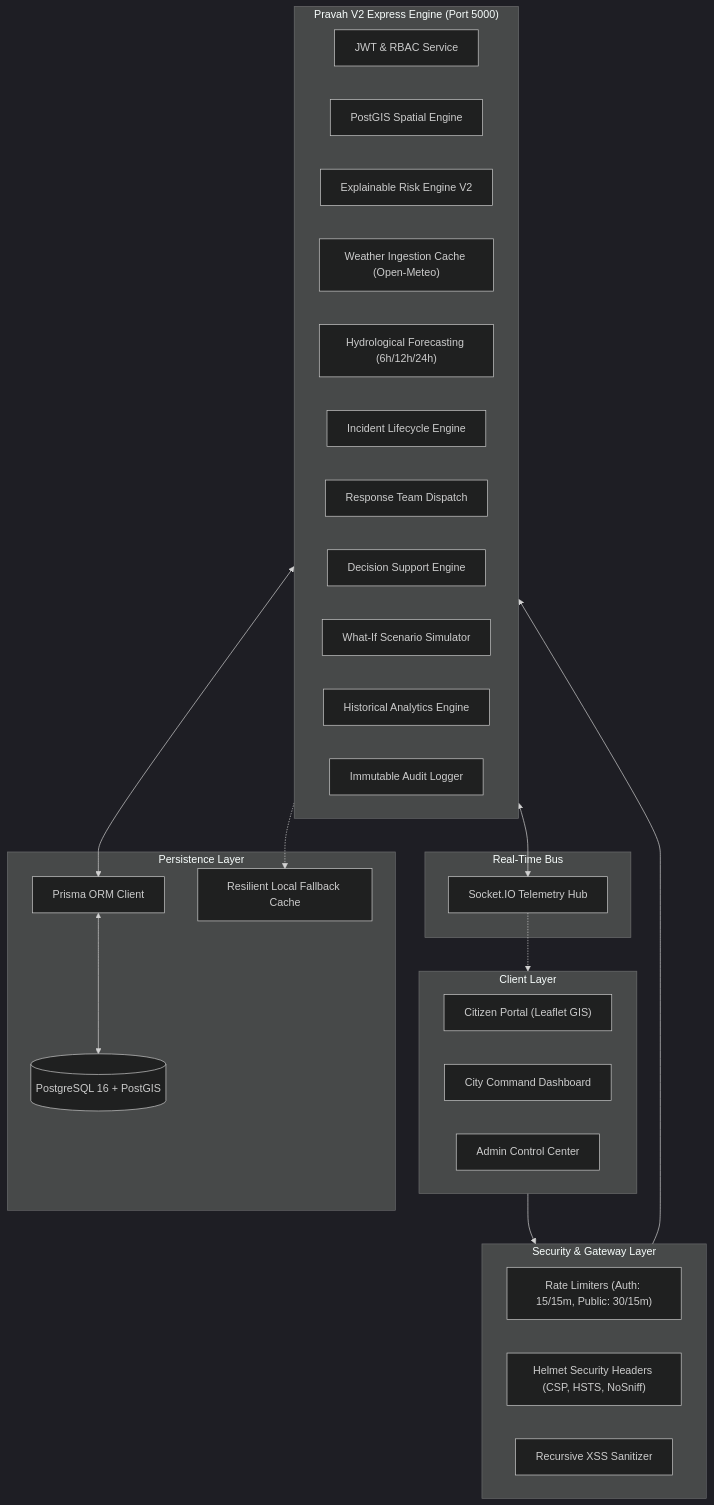
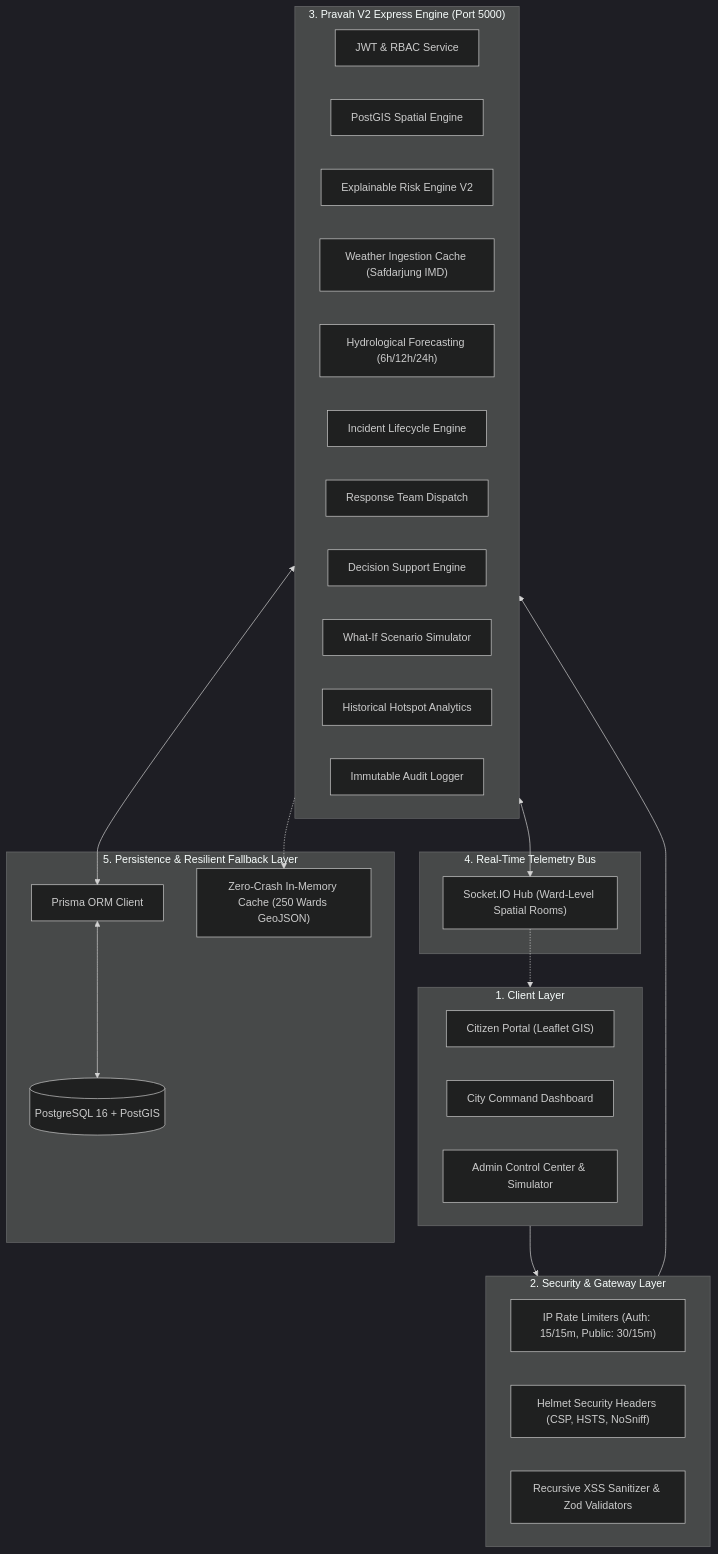
One commit to suhaniyadav-netizen/Pravah changed the diagram in README.md. Above: the diagram before and after it, drawn with Mermaid (dark theme). The commit also changed other lines of this file and 9 other files, not shown here.

First line of the commit message:
docs(readme): overhaul documentation with interactive architecture, platform screenshots, and deterministic models

````diff
--- a/README.md
+++ b/README.md
@@ -38,43 +130,43 @@
 ```mermaid
 flowchart TB
-    subgraph Clients["Client Layer"]
+    subgraph Clients["1. Client Layer"]
         CP["Citizen Portal (Leaflet GIS)"]
         CD["City Command Dashboard"]
-        AC["Admin Control Center"]
+        AC["Admin Control Center & Simulator"]
     end
 
-    subgraph Edge["Security & Gateway Layer"]
-        RL["Rate Limiters (Auth: 15/15m, Public: 30/15m)"]
+    subgraph Edge["2. Security & Gateway Layer"]
+        RL["IP Rate Limiters (Auth: 15/15m, Public: 30/15m)"]
         SEC["Helmet Security Headers (CSP, HSTS, NoSniff)"]
-        XSS["Recursive XSS Sanitizer"]
+        XSS["Recursive XSS Sanitizer & Zod Validators"]
     end
 
-    subgraph Core["Pravah V2 Express Engine (Port 5000)"]
+    subgraph Core["3. Pravah V2 Express Engine (Port 5000)"]
         AUTH["JWT & RBAC Service"]
         GIS["PostGIS Spatial Engine"]
         RISK["Explainable Risk Engine V2"]
-        WEATHER["Weather Ingestion Cache (Open-Meteo)"]
+        WEATHER["Weather Ingestion Cache (Safdarjung IMD)"]
         FORECAST["Hydrological Forecasting (6h/12h/24h)"]
         INCIDENTS["Incident Lifecycle Engine"]
         DISPATCH["Response Team Dispatch"]
         DECISION["Decision Support Engine"]
         SIM["What-If Scenario Simulator"]
-        ANALYTICS["Historical Analytics Engine"]
+        ANALYTICS["Historical Hotspot Analytics"]
         AUDIT["Immutable Audit Logger"]
     end
 
-    subgraph Realtime["Real-Time Bus"]
-        SIO["Socket.IO Telemetry Hub"]
+    subgraph Realtime["4. Real-Time Telemetry Bus"]
+        SIO["Socket.IO Hub (Ward-Level Spatial Rooms)"]
     end
 
-    subgraph Data["Persistence Layer"]
+    subgraph Persistence["5. Persistence & Resilient Fallback Layer"]
         PRISMA["Prisma ORM Client"]
         PG[("PostgreSQL 16 + PostGIS")]
-        CACHE["Resilient Local Fallback Cache"]
+        FALLBACK["Zero-Crash In-Memory Cache (250 Wards GeoJSON)"]
     end
 
     Clients --> Edge --> Core
     Core <--> SIO -.-> Clients
     Core <--> PRISMA <--> PG
-    Core -.-> CACHE
+    Core -.-> FALLBACK
 ```
````
